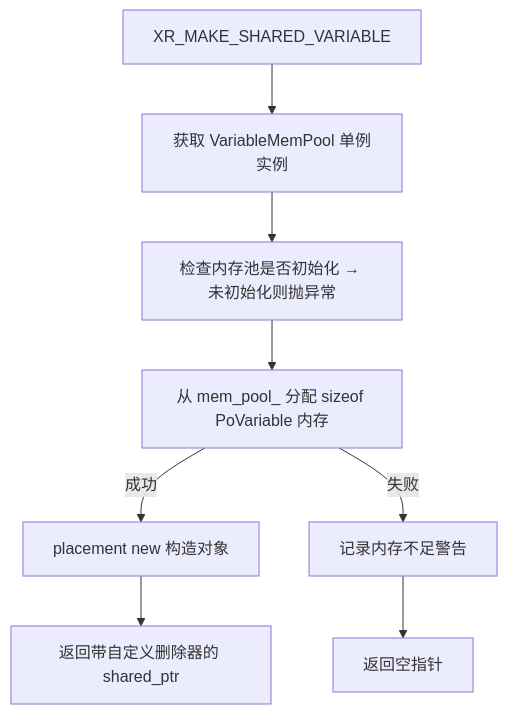
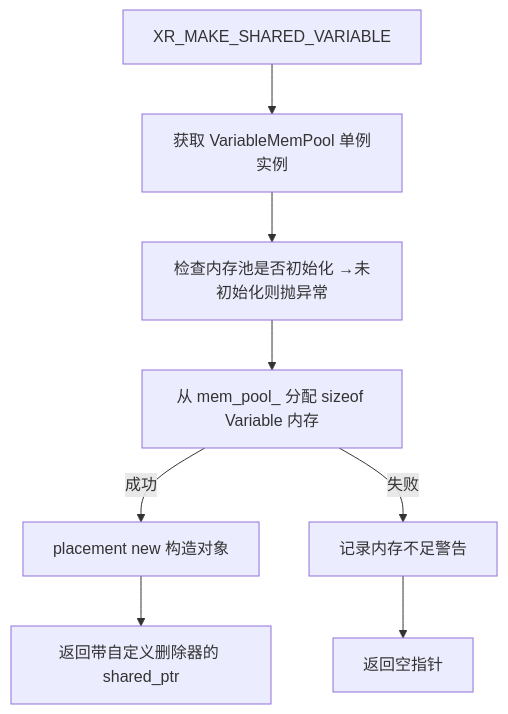
One commit to huzixuan1/iodraw-files changed the diagram in all/未命名-5.md. Above: the diagram before and after it, drawn with Mermaid.

Commit message:
2025-05-21 17:03:42 update

````diff
--- a/all/未命名-5.md
+++ b/all/未命名-5.md
@@ -1,16 +1,16 @@
 ```mermaid
 graph TD
   A[XR_MAKE_SHARED_VARIABLE]
   B[获取 VariableMemPool 单例实例]
-  C[检查内存池是否初始化 → 未初始化则抛异常]
-  D[从 mem_pool_ 分配 sizeof PoVariable 内存]
+  C[检查内存池是否初始化 →未初始化则抛异常]
+  D[从 mem_pool_ 分配 sizeof Variable 内存]
   E1[placement new 构造对象]
   E2[记录内存不足警告]
   F1[返回带自定义删除器的 shared_ptr]
   F2[返回空指针]
 
   A --> B --> C --> D
   D -->|成功| E1 --> F1
   D -->|失败| E2 --> F2
 
 ```
````
